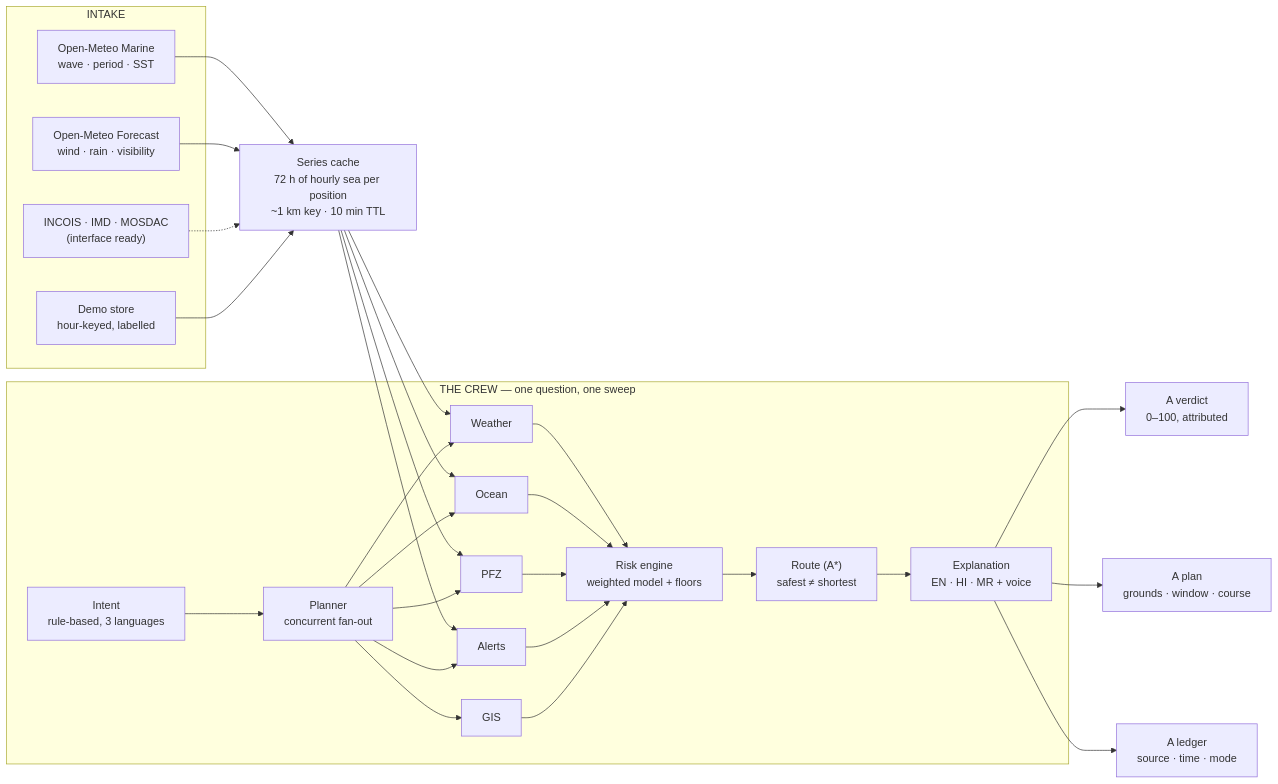
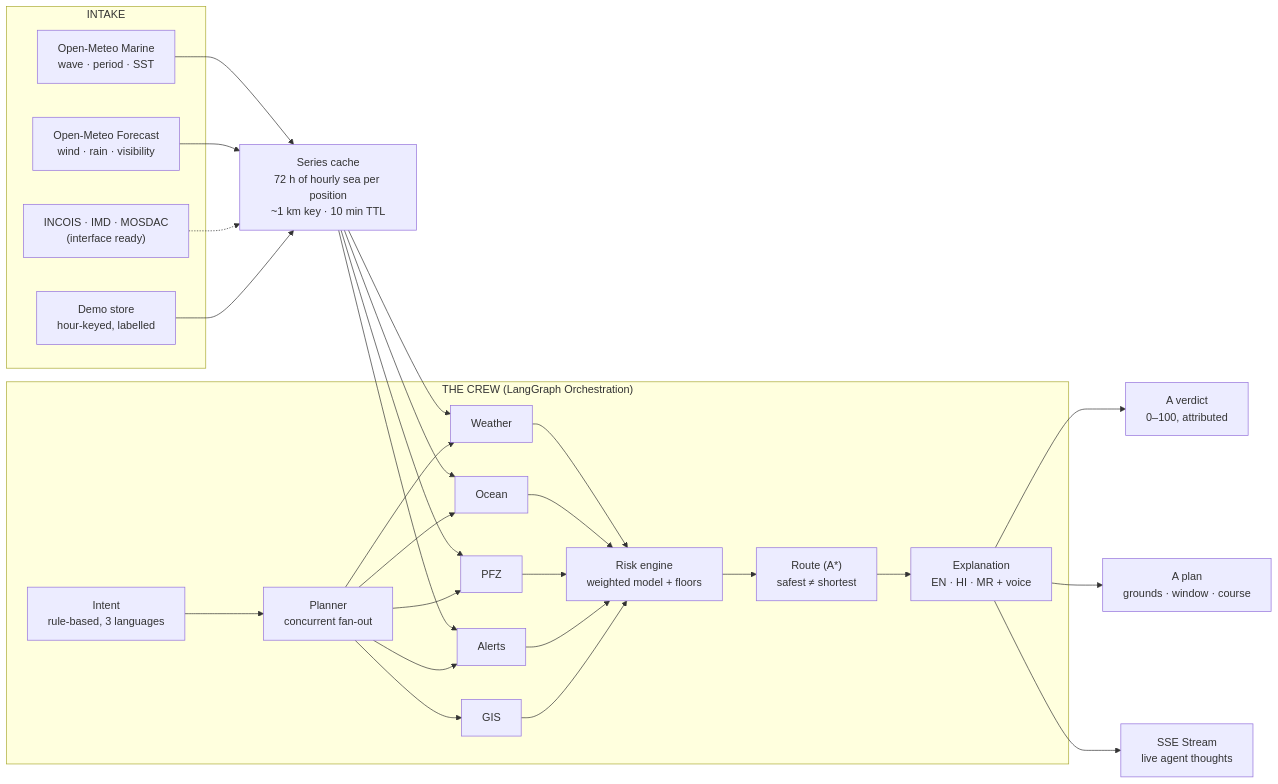
The diagram in README.md (akshatog/ORCA), drawn with Mermaid before and after one commit. The commit also changed other lines of this file and 24 other files, not shown here.

````diff
--- a/README.md
+++ b/README.md
@@ -190,38 +61,38 @@
 ```mermaid
 flowchart LR
     subgraph intake["INTAKE"]
         OM1["Open-Meteo Marine\nwave · period · SST"]
         OM2["Open-Meteo Forecast\nwind · rain · visibility"]
         AG["INCOIS · IMD · MOSDAC\n(interface ready)"]
         DS["Demo store\nhour-keyed, labelled"]
     end
 
     CACHE["Series cache\n72 h of hourly sea per position\n~1 km key · 10 min TTL"]
 
-    subgraph crew["THE CREW — one question, one sweep"]
+    subgraph crew["THE CREW (LangGraph Orchestration)"]
         IN["Intent\nrule-based, 3 languages"]
         PL["Planner\nconcurrent fan-out"]
         W["Weather"]
         O["Ocean"]
         P["PFZ"]
         C["Alerts"]
         G["GIS"]
         R["Risk engine\nweighted model + floors"]
         RT["Route (A*)\nsafest ≠ shortest"]
         EX["Explanation\nEN · HI · MR + voice"]
     end
 
     OM1 --> CACHE
     OM2 --> CACHE
     AG -.-> CACHE
     DS --> CACHE
     CACHE --> W & O & P & C
     IN --> PL
     PL --> W & O & P & C & G
     W & O & P & C & G --> R
     R --> RT --> EX
 
     EX --> OUT1["A verdict\n0–100, attributed"]
     EX --> OUT2["A plan\ngrounds · window · course"]
-    EX --> OUT3["A ledger\nsource · time · mode"]
+    EX --> OUT3["SSE Stream\nlive agent thoughts"]
 ```
````
